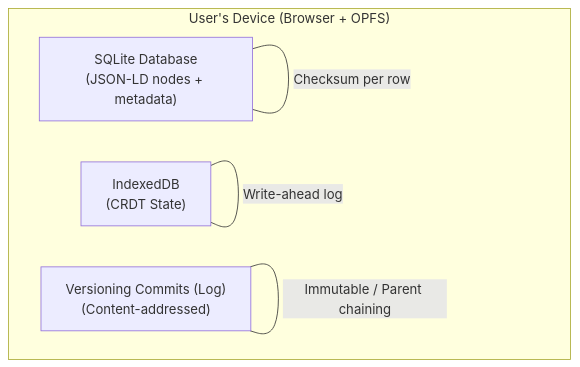
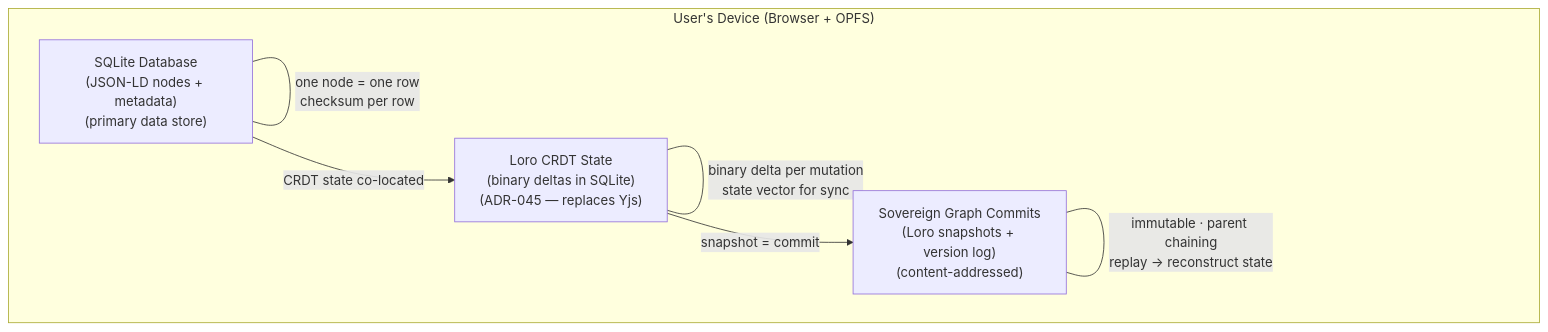
Before and after one commit to aretw0/refarm: the diagram in docs/diagrams/sovereignty-l0.mermaid, drawn with Mermaid. The commit also changed 921 other files, not shown here.

```diff
--- a/docs/diagrams/sovereignty-l0.mermaid
+++ b/docs/diagrams/sovereignty-l0.mermaid
@@ -1,14 +1,13 @@
 graph TD
-    subgraph Device ["User's Device (Browser + OPFS)"]
-        SQLite["SQLite Database<br/>(JSON-LD nodes + metadata)"]
-        IndexedDB["IndexedDB<br/>(CRDT State)"]
-        Commits["Versioning Commits (Log)<br/>(Content-addressed)"]
-        
-        SQLite ---|"One node = one row"| SQLite
-        SQLite ---|"Checksum per row"| SQLite
-        
-        IndexedDB ---|"Yjs document encoded"| IndexedDB
-        IndexedDB ---|"Write-ahead log"| IndexedDB
-        
-        Commits ---|"Immutable / Parent chaining"| Commits
+    subgraph Device ["User's Device  (Browser + OPFS)"]
+        SQLite["SQLite Database\n(JSON-LD nodes + metadata)\n(primary data store)"]
+        LoroCRDT["Loro CRDT State\n(binary deltas in SQLite)\n(ADR-045 — replaces Yjs)"]
+        Commits["Sovereign Graph Commits\n(Loro snapshots + version log)\n(content-addressed)"]
+
+        SQLite ---|"one node = one row\nchecksum per row"| SQLite
+        LoroCRDT ---|"binary delta per mutation\nstate vector for sync"| LoroCRDT
+        Commits ---|"immutable · parent chaining\nreplay → reconstruct state"| Commits
+
+        SQLite -->|"CRDT state co-located"| LoroCRDT
+        LoroCRDT -->|"snapshot = commit"| Commits
     end
```
